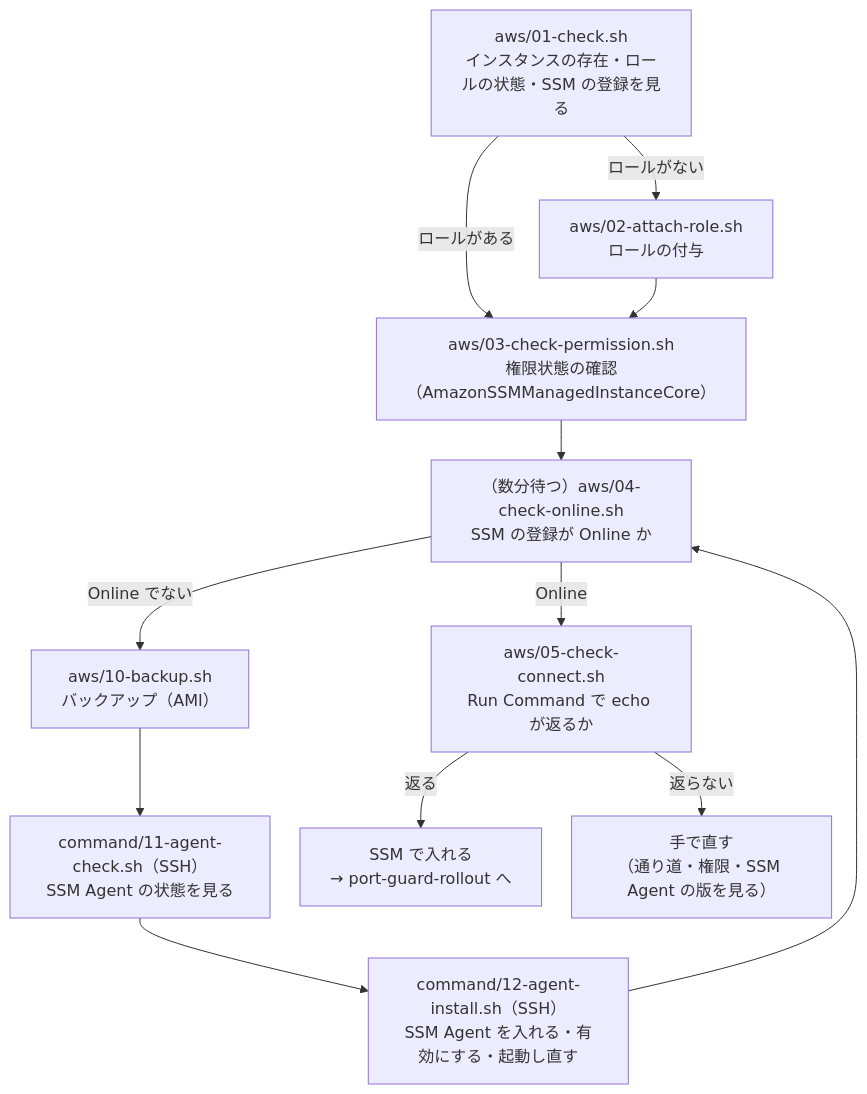
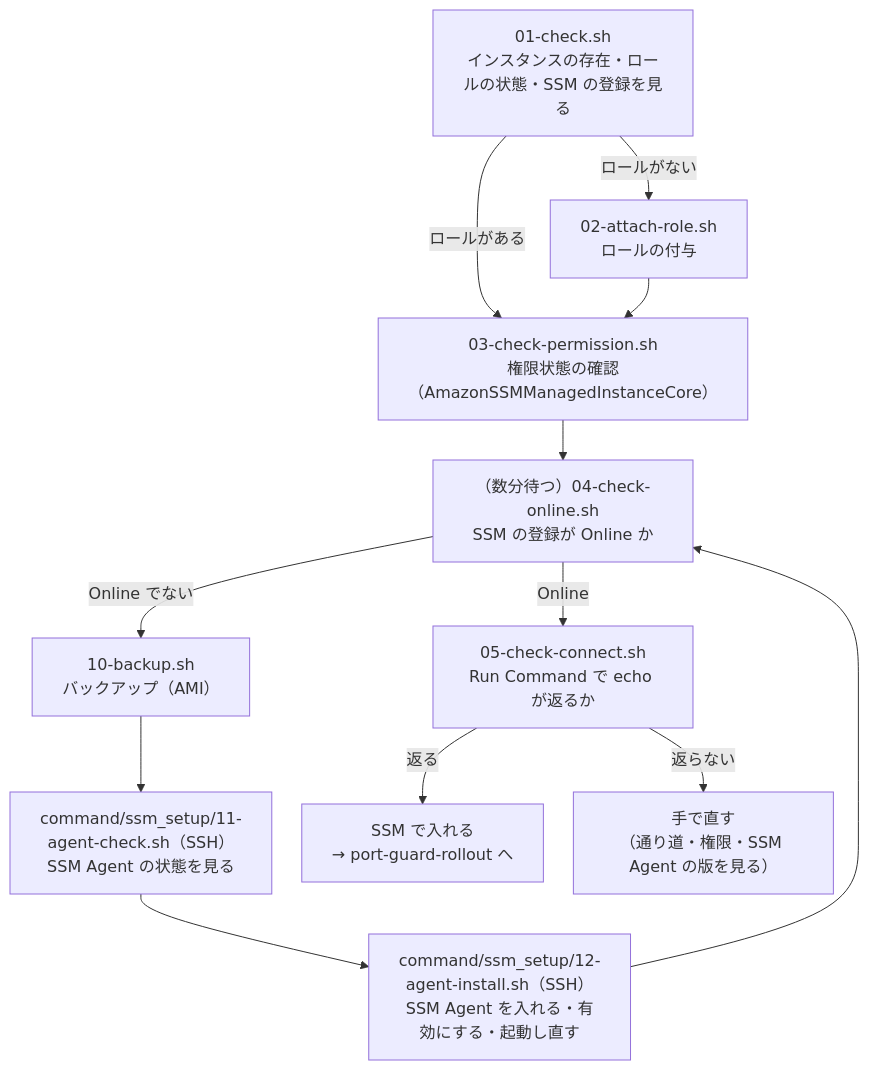
The diagram in docs/ec2/ssm-setup/bastion-commands.md (rxsxkxd/pk), drawn with Mermaid before and after one commit. The commit also changed other lines of this file and 1 other file, not shown here.

````diff
--- a/docs/ec2/ssm-setup/bastion-commands.md
+++ b/docs/ec2/ssm-setup/bastion-commands.md
@@ -22,16 +22,16 @@
 ```mermaid
 %%{init: {"themeVariables": {"fontSize": "16px"}, "flowchart": {"nodeSpacing": 30, "rankSpacing": 40}}}%%
 flowchart TD
-    A1["aws/01-check.sh<br>インスタンスの存在・ロールの状態・SSM の登録を見る"]
-    A1 -->|ロールがない| A2["aws/02-attach-role.sh<br>ロールの付与"]
+    A1["01-check.sh<br>インスタンスの存在・ロールの状態・SSM の登録を見る"]
+    A1 -->|ロールがない| A2["02-attach-role.sh<br>ロールの付与"]
     A1 -->|ロールがある| A3
-    A2 --> A3["aws/03-check-permission.sh<br>権限状態の確認（AmazonSSMManagedInstanceCore）"]
-    A3 --> A4["（数分待つ）aws/04-check-online.sh<br>SSM の登録が Online か"]
-    A4 -->|Online| A5["aws/05-check-connect.sh<br>Run Command で echo が返るか"]
-    A4 -->|Online でない| B0["aws/10-backup.sh<br>バックアップ（AMI）"]
-    B0 --> B1["command/11-agent-check.sh（SSH）<br>SSM Agent の状態を見る"]
-    B1 --> B2["command/12-agent-install.sh（SSH）<br>SSM Agent を入れる・有効にする・起動し直す"]
+    A2 --> A3["03-check-permission.sh<br>権限状態の確認（AmazonSSMManagedInstanceCore）"]
+    A3 --> A4["（数分待つ）04-check-online.sh<br>SSM の登録が Online か"]
+    A4 -->|Online| A5["05-check-connect.sh<br>Run Command で echo が返るか"]
+    A4 -->|Online でない| B0["10-backup.sh<br>バックアップ（AMI）"]
+    B0 --> B1["command/ssm_setup/11-agent-check.sh（SSH）<br>SSM Agent の状態を見る"]
+    B1 --> B2["command/ssm_setup/12-agent-install.sh（SSH）<br>SSM Agent を入れる・有効にする・起動し直す"]
     B2 --> A4
     A5 -->|返る| OK["SSM で入れる<br>→ port-guard-rollout へ"]
     A5 -->|返らない| M["手で直す<br>（通り道・権限・SSM Agent の版を見る）"]
 ```
````
